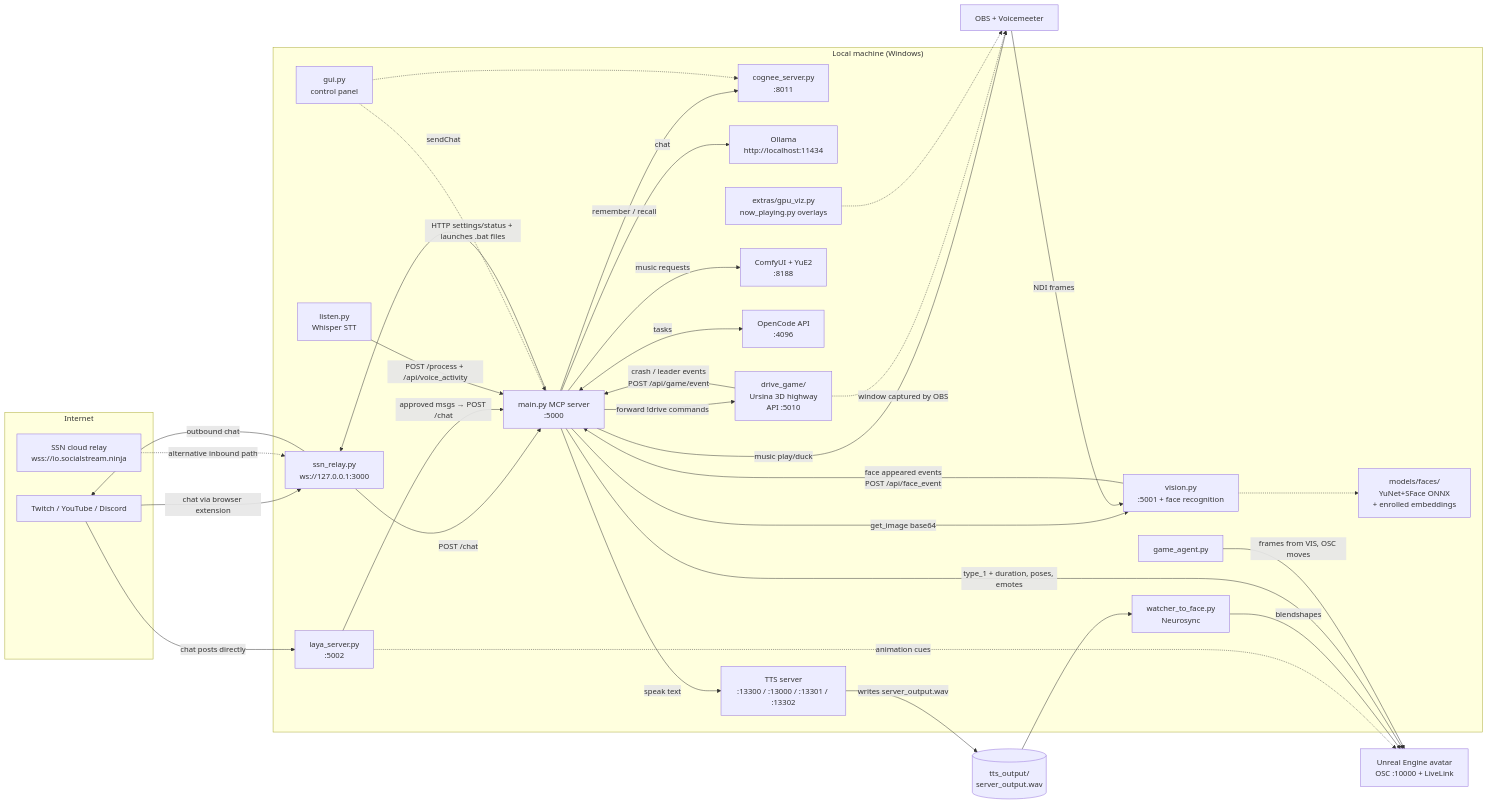
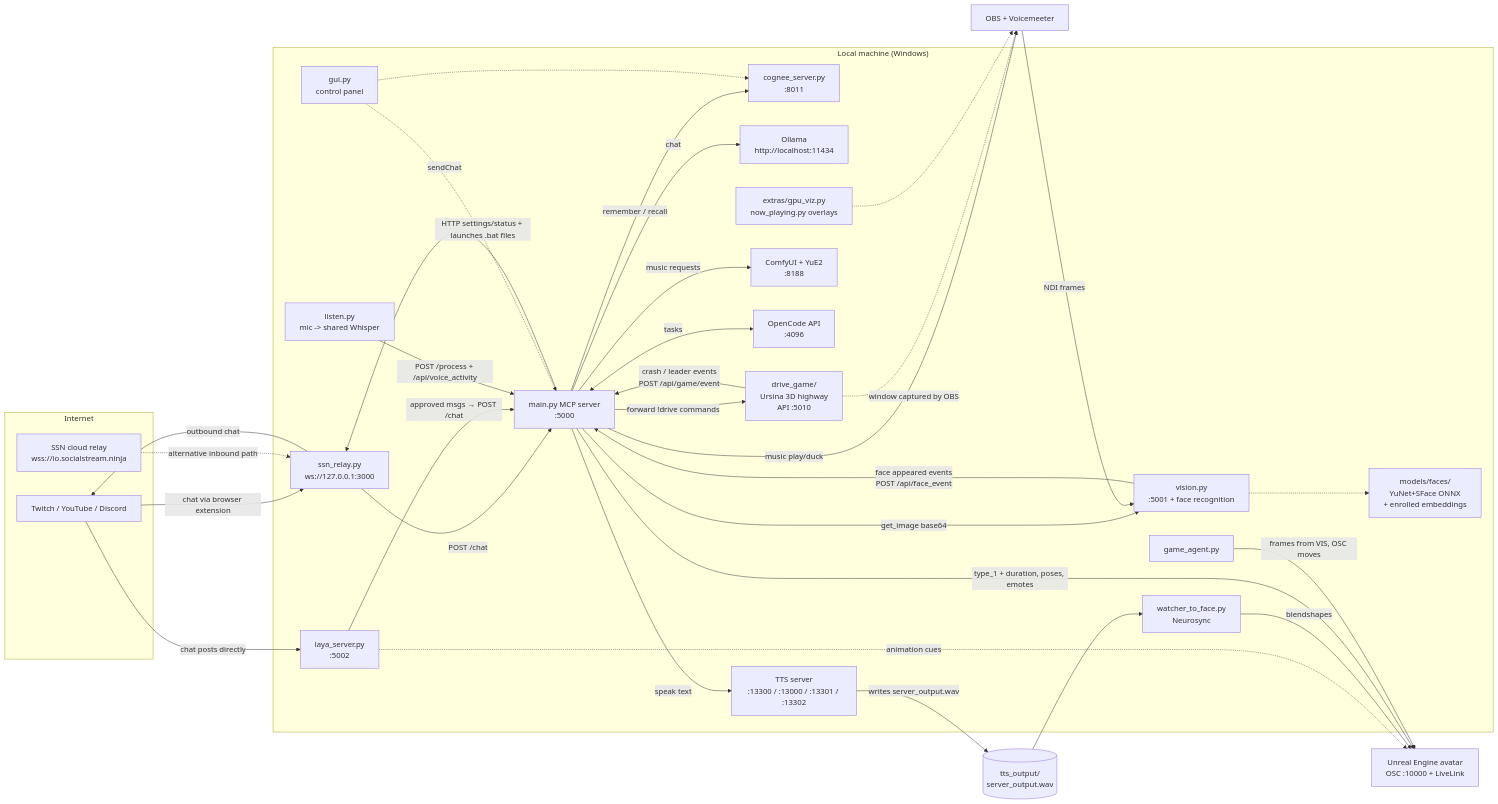
The first of 2 diagrams in Docs/ARCHITECTURE.md (jaygeesuckatgaming/Gem-System-v2), drawn with Mermaid before and after one commit. The commit also changed other lines of this file and 8 other files, not shown here.

First line of the commit message:
Share one Whisper between Gem and m8, with a mic-routing switch

````diff
--- a/Docs/ARCHITECTURE.md
+++ b/Docs/ARCHITECTURE.md
@@ -11,60 +11,60 @@
 ```mermaid
 flowchart LR
     subgraph Internet
         TW[Twitch / YouTube / Discord]
         SSNC[SSN cloud relay<br/>wss://io.socialstream.ninja]
     end
 
     subgraph Local machine["Local machine (Windows)"]
         GUI[gui.py<br/>control panel]
         MAIN[main.py MCP server<br/>:5000]
         SSNR[ssn_relay.py<br/>ws://127.0.0.1:3000]
         LAYA[laya_server.py<br/>:5002]
-        LISTEN[listen.py<br/>Whisper STT]
+        LISTEN[listen.py<br/>mic -> shared Whisper]
         COG[cognee_server.py<br/>:8011]
         VIS[vision.py<br/>:5001 + face recognition]
         OLLAMA[Ollama<br/>http://localhost:11434]
         TTS[TTS server<br/>:13300 / :13000 / :13301 / :13302]
         COMFY[ComfyUI + YuE2<br/>:8188]
         OC[OpenCode API<br/>:4096]
         WT[watcher_to_face.py<br/>Neurosync]
         GPUVIZ[extras/gpu_viz.py<br/>now_playing.py overlays]
         GAME[game_agent.py]
         DRIVE[drive_game/<br/>Ursina 3D highway<br/>API :5010]
         FACES[models/faces/<br/>YuNet+SFace ONNX<br/>+ enrolled embeddings]
     end
 
     UE[Unreal Engine avatar<br/>OSC :10000 + LiveLink]
     OBS[OBS + Voicemeeter]
 
     TW -->|chat via browser extension| SSNR
     SSNR -->|POST /chat| MAIN
     SSNC -.->|alternative inbound path| SSNR
     TW -->|chat posts directly| LAYA
     LAYA -->|approved msgs → POST /chat| MAIN
     LAYA -.->|animation cues| UE
     LISTEN -->|POST /process + /api/voice_activity| MAIN
     MAIN -->|remember / recall| COG
     MAIN -->|chat| OLLAMA
     MAIN -->|speak text| TTS
     TTS -->|writes server_output.wav| WAV[(tts_output/<br/>server_output.wav)]
     WAV --> WT
     WT -->|blendshapes| UE
     MAIN -->|type_1 + duration, poses, emotes| UE
     MAIN -->|music requests| COMFY
     MAIN <-->|tasks| OC
     MAIN -->|get_image base64| VIS
     OBS -->|NDI frames| VIS
     VIS -->|face appeared events<br/>POST /api/face_event| MAIN
     VIS -.-> FACES
     MAIN -->|sendChat| SSNR
     SSNR -->|outbound chat| TW
     MAIN -->|music play/duck| OBS
     GAME -->|frames from VIS, OSC moves| UE
     MAIN -->|forward !drive commands| DRIVE
     DRIVE -->|crash / leader events<br/>POST /api/game/event| MAIN
     DRIVE -.->|window captured by OBS| OBS
     GUI -.->|HTTP settings/status + launches .bat files| MAIN
     GUI -.-> COG
     GPUVIZ -.-> OBS
 ```
````
